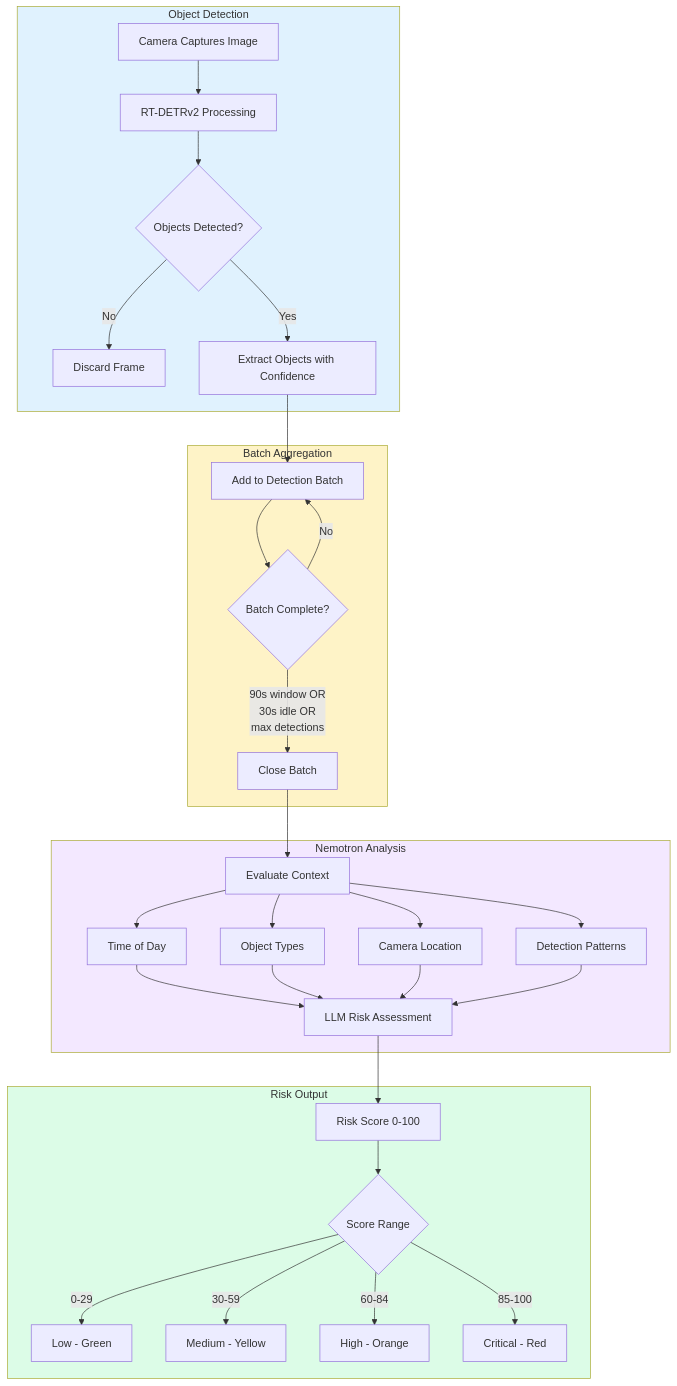
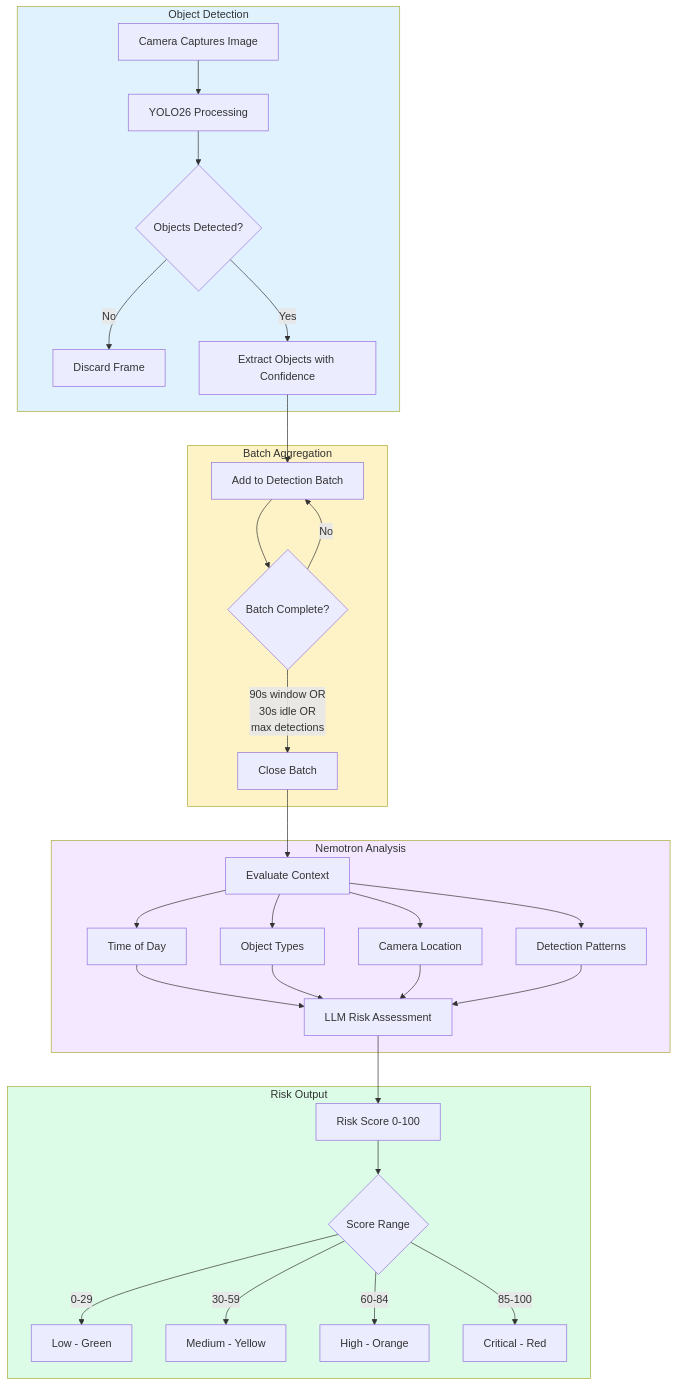
One commit to mikesvoboda/nemotron-v3-home-security-intelligence changed the first of 2 diagrams in docs/ui/dashboard.md. Above: the diagram before and after it, drawn with Mermaid. The commit also changed other lines of this file and 474 other files, not shown here.

````diff
--- a/docs/ui/dashboard.md
+++ b/docs/ui/dashboard.md
@@ -116,39 +116,39 @@
 ```mermaid
 flowchart TD
     subgraph Detection["Object Detection"]
-        A[Camera Captures Image] --> B[RT-DETRv2 Processing]
+        A[Camera Captures Image] --> B[YOLO26 Processing]
         B --> C{Objects Detected?}
         C -->|No| D[Discard Frame]
         C -->|Yes| E[Extract Objects with Confidence]
     end
 
     subgraph Batching["Batch Aggregation"]
         E --> F[Add to Detection Batch]
         F --> G{Batch Complete?}
         G -->|"90s window OR<br/>30s idle OR<br/>max detections"| H[Close Batch]
         G -->|No| F
     end
 
     subgraph Analysis["Nemotron Analysis"]
         H --> I[Evaluate Context]
         I --> J[Time of Day]
         I --> K[Object Types]
         I --> L[Camera Location]
         I --> M[Detection Patterns]
         J & K & L & M --> N[LLM Risk Assessment]
     end
 
     subgraph Output["Risk Output"]
         N --> O[Risk Score 0-100]
         O --> P{Score Range}
         P -->|0-29| Q[Low - Green]
         P -->|30-59| R[Medium - Yellow]
         P -->|60-84| S[High - Orange]
         P -->|85-100| T[Critical - Red]
     end
 
     style Detection fill:#e0f2fe
     style Batching fill:#fef3c7
     style Analysis fill:#f3e8ff
     style Output fill:#dcfce7
 ```
````
